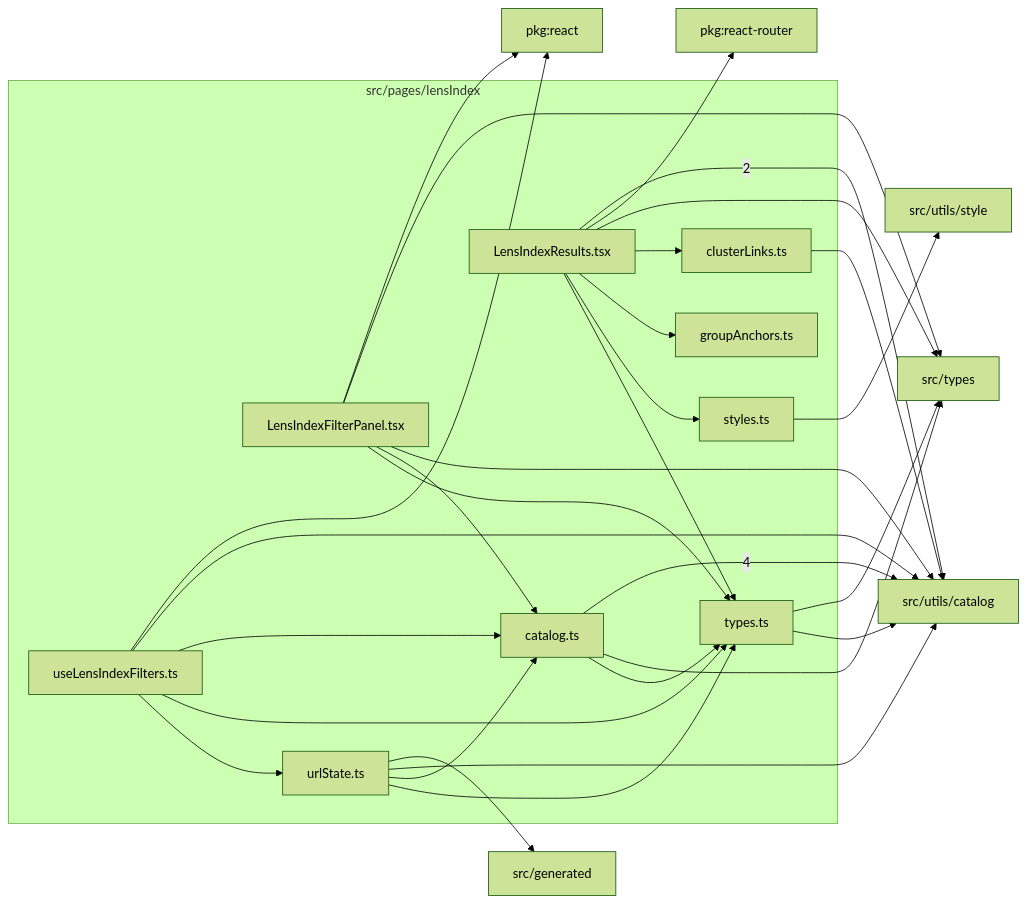
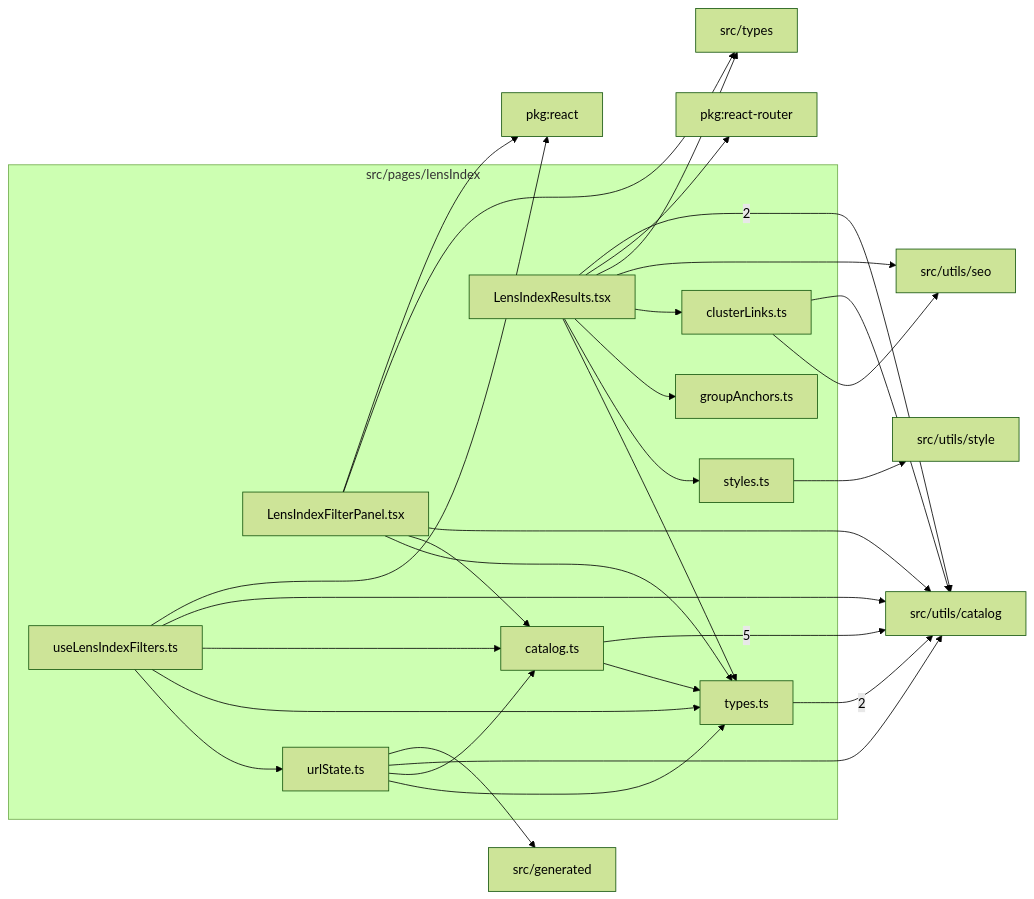
Before and after one commit to ronbuening/LensVisualizer: the diagram in src/pages/lensIndex/readme.md, drawn with Mermaid (forest theme). The commit also changed other lines of this file and 38 other files, not shown here.

````diff
--- a/src/pages/lensIndex/readme.md
+++ b/src/pages/lensIndex/readme.md
@@ -9,48 +9,49 @@
 ```mermaid
 flowchart LR
   subgraph n_src_pages_lensIndex["src/pages/lensIndex"]
     n_src_pages_lensIndex_src_pages_lensIndex_catalog_ts["catalog.ts"]
     n_src_pages_lensIndex_src_pages_lensIndex_clusterLinks_ts["clusterLinks.ts"]
     n_src_pages_lensIndex_src_pages_lensIndex_groupAnchors_ts["groupAnchors.ts"]
     n_src_pages_lensIndex_src_pages_lensIndex_LensIndexFilterPanel_tsx["LensIndexFilterPanel.tsx"]
     n_src_pages_lensIndex_src_pages_lensIndex_LensIndexResults_tsx["LensIndexResults.tsx"]
     n_src_pages_lensIndex_src_pages_lensIndex_styles_ts["styles.ts"]
     n_src_pages_lensIndex_src_pages_lensIndex_types_ts["types.ts"]
     n_src_pages_lensIndex_src_pages_lensIndex_urlState_ts["urlState.ts"]
     n_src_pages_lensIndex_src_pages_lensIndex_useLensIndexFilters_ts["useLensIndexFilters.ts"]
   end
   n_external_src_utils_catalog["src/utils/catalog"]
   n_external_pkg_react["pkg:react"]
   n_external_pkg_react_router["pkg:react-router"]
   n_external_src_generated["src/generated"]
   n_external_src_types["src/types"]
+  n_external_src_utils_seo["src/utils/seo"]
   n_external_src_utils_style["src/utils/style"]
-  n_src_pages_lensIndex_src_pages_lensIndex_catalog_ts --> |4| n_external_src_utils_catalog
+  n_src_pages_lensIndex_src_pages_lensIndex_catalog_ts --> |5| n_external_src_utils_catalog
   n_src_pages_lensIndex_src_pages_lensIndex_LensIndexResults_tsx --> |2| n_external_src_utils_catalog
+  n_src_pages_lensIndex_src_pages_lensIndex_types_ts --> |2| n_external_src_utils_catalog
   n_src_pages_lensIndex_src_pages_lensIndex_LensIndexFilterPanel_tsx --> n_external_pkg_react
   n_src_pages_lensIndex_src_pages_lensIndex_useLensIndexFilters_ts --> n_external_pkg_react
   n_src_pages_lensIndex_src_pages_lensIndex_LensIndexResults_tsx --> n_external_pkg_react_router
   n_src_pages_lensIndex_src_pages_lensIndex_urlState_ts --> n_external_src_generated
-  n_src_pages_lensIndex_src_pages_lensIndex_catalog_ts --> n_external_src_types
   n_src_pages_lensIndex_src_pages_lensIndex_LensIndexFilterPanel_tsx --> n_external_src_types
   n_src_pages_lensIndex_src_pages_lensIndex_LensIndexResults_tsx --> n_external_src_types
-  n_src_pages_lensIndex_src_pages_lensIndex_types_ts --> n_external_src_types
   n_src_pages_lensIndex_src_pages_lensIndex_clusterLinks_ts --> n_external_src_utils_catalog
   n_src_pages_lensIndex_src_pages_lensIndex_LensIndexFilterPanel_tsx --> n_external_src_utils_catalog
-  n_src_pages_lensIndex_src_pages_lensIndex_types_ts --> n_external_src_utils_catalog
   n_src_pages_lensIndex_src_pages_lensIndex_urlState_ts --> n_external_src_utils_catalog
   n_src_pages_lensIndex_src_pages_lensIndex_useLensIndexFilters_ts --> n_external_src_utils_catalog
+  n_src_pages_lensIndex_src_pages_lensIndex_clusterLinks_ts --> n_external_src_utils_seo
+  n_src_pages_lensIndex_src_pages_lensIndex_LensIndexResults_tsx --> n_external_src_utils_seo
   n_src_pages_lensIndex_src_pages_lensIndex_styles_ts --> n_external_src_utils_style
   n_src_pages_lensIndex_src_pages_lensIndex_LensIndexFilterPanel_tsx --> n_src_pages_lensIndex_src_pages_lensIndex_catalog_ts
   n_src_pages_lensIndex_src_pages_lensIndex_urlState_ts --> n_src_pages_lensIndex_src_pages_lensIndex_catalog_ts
   n_src_pages_lensIndex_src_pages_lensIndex_useLensIndexFilters_ts --> n_src_pages_lensIndex_src_pages_lensIndex_catalog_ts
   n_src_pages_lensIndex_src_pages_lensIndex_LensIndexResults_tsx --> n_src_pages_lensIndex_src_pages_lensIndex_clusterLinks_ts
   n_src_pages_lensIndex_src_pages_lensIndex_LensIndexResults_tsx --> n_src_pages_lensIndex_src_pages_lensIndex_groupAnchors_ts
   n_src_pages_lensIndex_src_pages_lensIndex_LensIndexResults_tsx --> n_src_pages_lensIndex_src_pages_lensIndex_styles_ts
   n_src_pages_lensIndex_src_pages_lensIndex_catalog_ts --> n_src_pages_lensIndex_src_pages_lensIndex_types_ts
   n_src_pages_lensIndex_src_pages_lensIndex_LensIndexFilterPanel_tsx --> n_src_pages_lensIndex_src_pages_lensIndex_types_ts
   n_src_pages_lensIndex_src_pages_lensIndex_LensIndexResults_tsx --> n_src_pages_lensIndex_src_pages_lensIndex_types_ts
   n_src_pages_lensIndex_src_pages_lensIndex_urlState_ts --> n_src_pages_lensIndex_src_pages_lensIndex_types_ts
   n_src_pages_lensIndex_src_pages_lensIndex_useLensIndexFilters_ts --> n_src_pages_lensIndex_src_pages_lensIndex_types_ts
   n_src_pages_lensIndex_src_pages_lensIndex_useLensIndexFilters_ts --> n_src_pages_lensIndex_src_pages_lensIndex_urlState_ts
 ```
````
